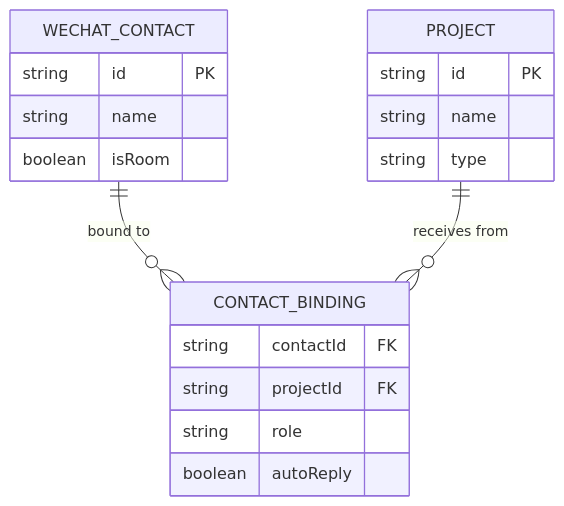
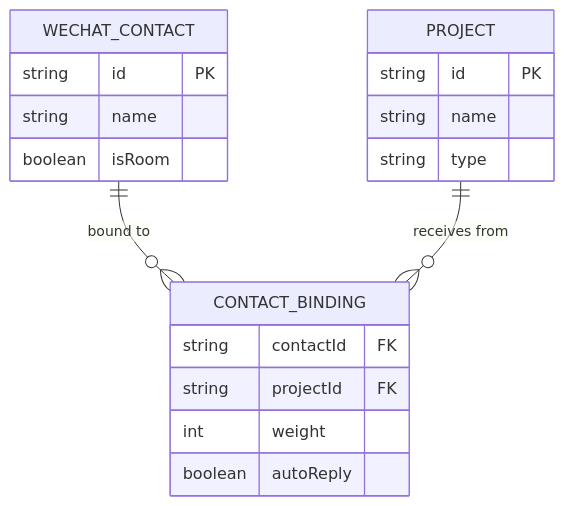
One commit to lalalic/neox changed the seventh of 7 diagrams in docs/2026-04-10-wechat-bidirectional-design.md. Above: the diagram before and after it, drawn with Mermaid. The commit also changed other lines of this file, not shown here.

Commit message:
docs: unify scen1 as project assistant, add decision weight system

````diff
--- a/docs/2026-04-10-wechat-bidirectional-design.md
+++ b/docs/2026-04-10-wechat-bidirectional-design.md
@@ -314,21 +325,21 @@
 ```mermaid
 erDiagram
     WECHAT_CONTACT {
         string id PK
         string name
         boolean isRoom
     }
     PROJECT {
         string id PK
         string name
         string type
     }
     CONTACT_BINDING {
         string contactId FK
         string projectId FK
-        string role
+        int weight
         boolean autoReply
     }
     WECHAT_CONTACT ||--o{ CONTACT_BINDING : "bound to"
     PROJECT ||--o{ CONTACT_BINDING : "receives from"
 ```
````
